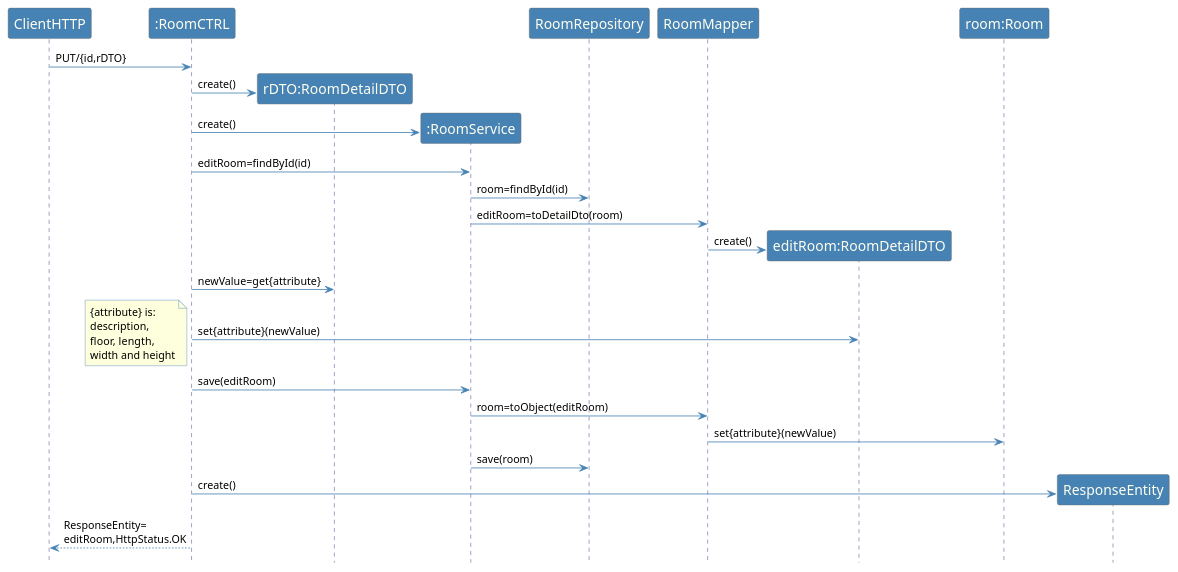
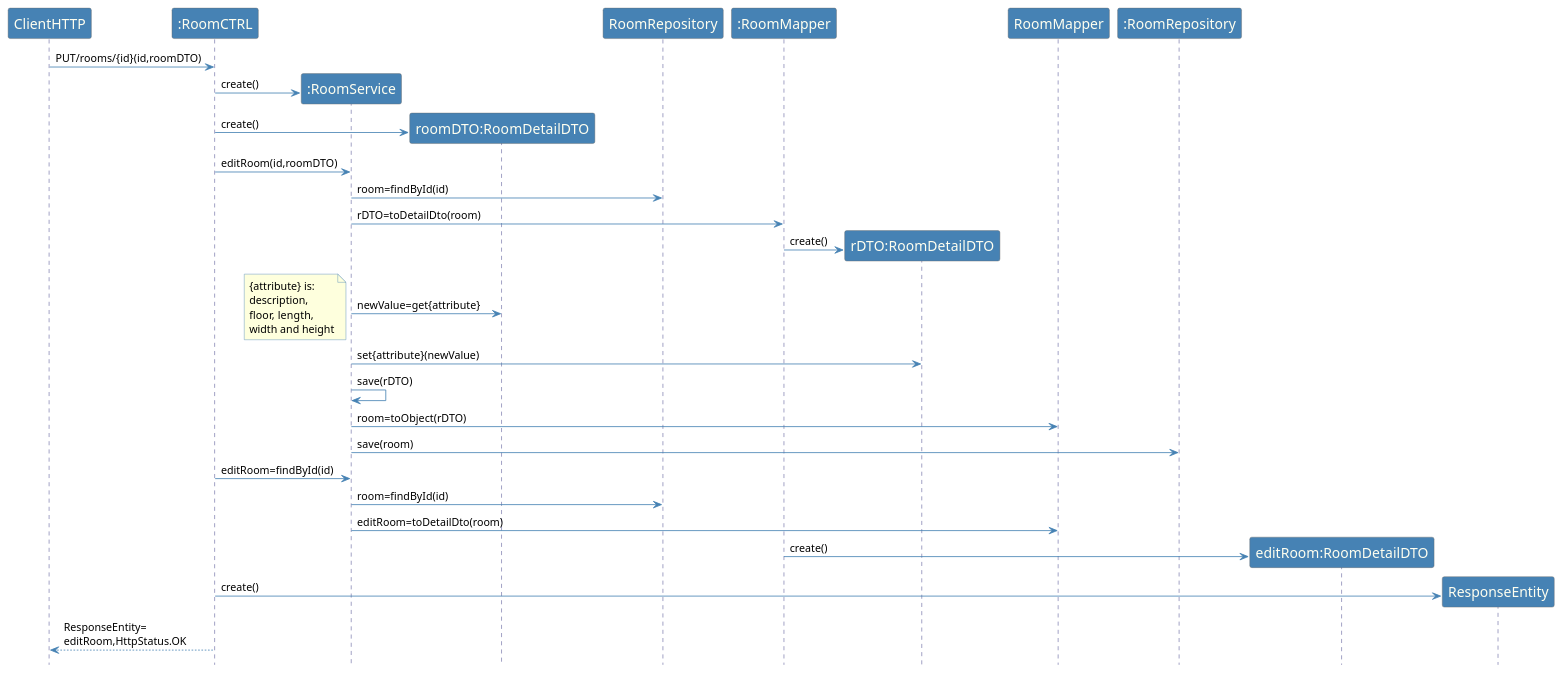
Before and after one commit to emanuel-pereira/hou: the diagram in src/main/java/smarthome/controller/rest/sequenceDiagrams/sd_EditRoom.puml, drawn with PlantUML. The commit also changed 7 other files, not shown here.

```diff
--- a/src/main/java/smarthome/controller/rest/sequenceDiagrams/sd_EditRoom.puml
+++ b/src/main/java/smarthome/controller/rest/sequenceDiagrams/sd_EditRoom.puml
@@ -1,55 +1,60 @@
 @startuml
 hidefootbox
 
 skinparam sequence {
 	ArrowColor SteelBlue
 	LifeLineBorderColor MidnightBlue
 	LifeLineBackgroundColor #A9DCDF
 
 	ParticipantBorderColor Dimgray
 	ParticipantBackgroundColor SteelBlue
 	ParticipantFontName Calibri Bold
 	ParticipantFontSize 17
 	ParticipantFontColor Ivory
 
-	ActorBackgroundColor SteelBlue
+ActorBackgroundColor SteelBlue
 	ActorFontColor MidnightBlue
 	ActorFontSize 17
 	ActorFontName Aapex
 }
 
 skinparam note {
 BorderColor SteelBlue
 }
 
 
-ClientHTTP -> ":RoomCTRL":  PUT/{id,rDTO}
-create "rDTO:RoomDetailDTO"
-":RoomCTRL" -> "rDTO:RoomDetailDTO": create()
+ClientHTTP -> ":RoomCTRL":  PUT/rooms/{id}(id,roomDTO)
 create ":RoomService"
 ":RoomCTRL" -> ":RoomService": create()
+create "roomDTO:RoomDetailDTO"
+":RoomCTRL" -> "roomDTO:RoomDetailDTO": create()
+":RoomCTRL" -> ":RoomService": editRoom(id,roomDTO)
+":RoomService" -> RoomRepository: room=findById(id)
+":RoomService" -> ":RoomMapper": rDTO=toDetailDto(room)
+create "rDTO:RoomDetailDTO"
+":RoomMapper" -> "rDTO:RoomDetailDTO": create()
+":RoomService" -> "roomDTO:RoomDetailDTO":newValue=get{attribute}
+
+note left
+            {attribute} is:
+            description,
+            floor, length,
+            width and height
+            end note
+
+":RoomService" -> "rDTO:RoomDetailDTO": set{attribute}(newValue)
+":RoomService" -> ":RoomService": save(rDTO)
+":RoomService" -> RoomMapper: room=toObject(rDTO)
+":RoomService" -> ":RoomRepository": save(room)
+
 ":RoomCTRL" -> ":RoomService": editRoom=findById(id)
 ":RoomService" -> RoomRepository: room=findById(id)
 ":RoomService" -> RoomMapper: editRoom=toDetailDto(room)
 create "editRoom:RoomDetailDTO"
-RoomMapper -> "editRoom:RoomDetailDTO": create()
-":RoomCTRL" -> "rDTO:RoomDetailDTO": newValue=get{attribute}
-":RoomCTRL"  -> "editRoom:RoomDetailDTO": set{attribute}(newValue)
+":RoomMapper" -> "editRoom:RoomDetailDTO": create()
 
-note left
-{attribute} is:
-description,
-floor, length,
-width and height
-    end note
-":RoomCTRL" -> ":RoomService": save(editRoom)
-":RoomService" -> RoomMapper: room=toObject(editRoom)
-RoomMapper -> "room:Room": set{attribute}(newValue)
-
-":RoomService" -> RoomRepository: save(room)
 create ResponseEntity
 ":RoomCTRL" -> ResponseEntity: create()
-
 ClientHTTP <-- ":RoomCTRL": ResponseEntity=\neditRoom,HttpStatus.OK
 
 @enduml
```
